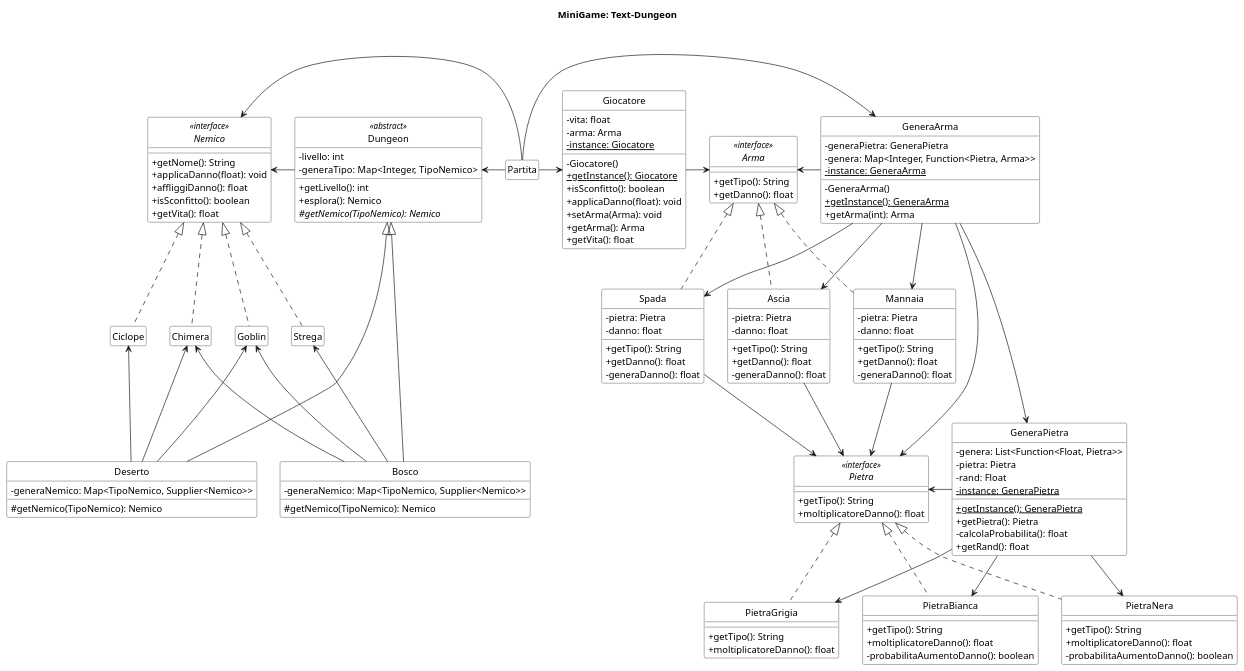
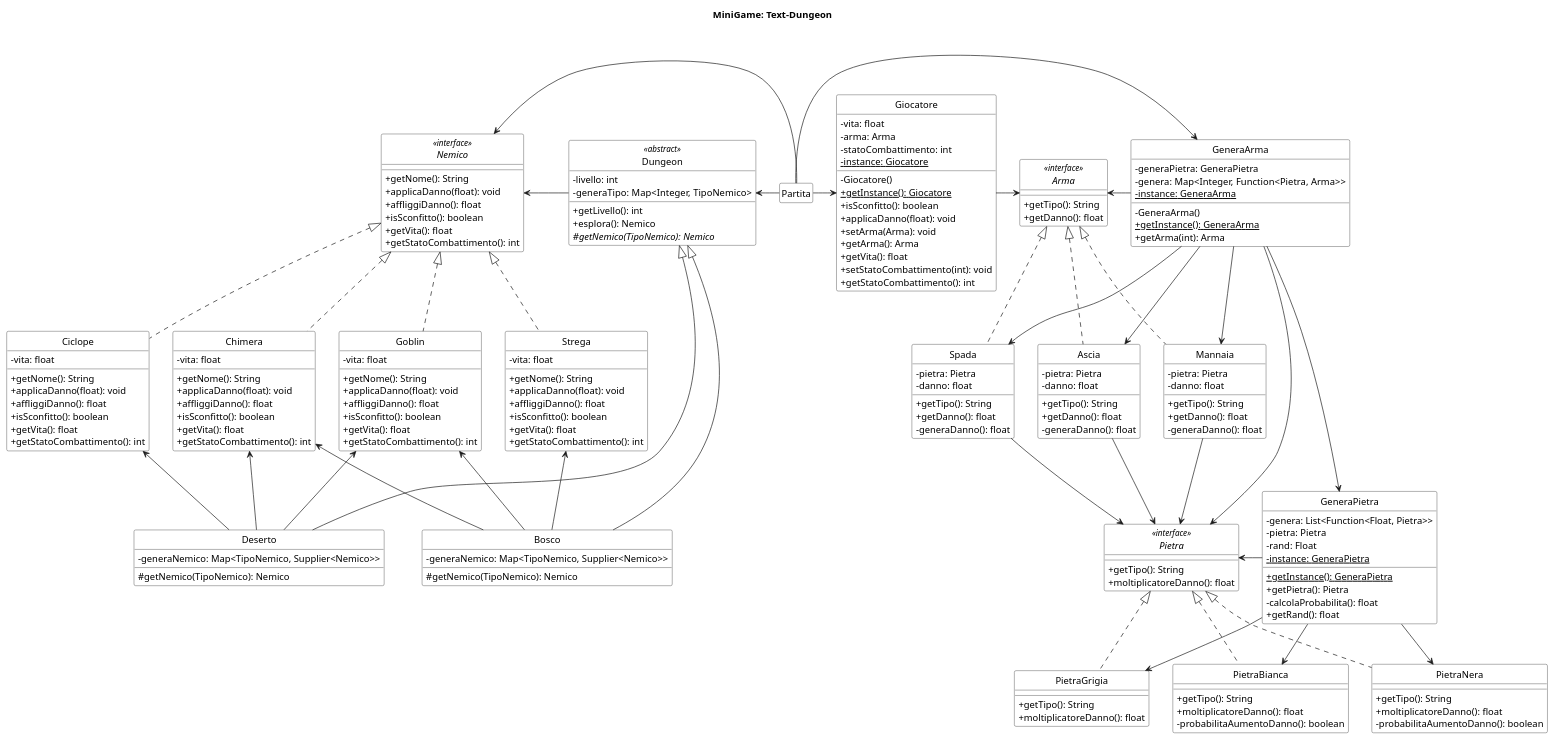
One commit to Gigi-G/text-dungeon changed the diagram in uml/class_diagram.puml. Above: the diagram before and after it, drawn with PlantUML. The commit also changed 47 other files, not shown here.

Commit message:
fix: Giocatore, Nemici e Test con l'aggiunta dello stato

```diff
--- a/uml/class_diagram.puml
+++ b/uml/class_diagram.puml
@@ -102,6 +102,7 @@
 class Giocatore {
     - vita: float
     - arma: Arma
+    - statoCombattimento: int
     - instance{static}: Giocatore 
     - Giocatore()
     + getInstance(){static}: Giocatore
@@ -110,6 +111,8 @@
     + setArma(Arma): void
     + getArma(): Arma
     + getVita(): float
+    + setStatoCombattimento(int): void
+    + getStatoCombattimento(): int
 }
 show Giocatore members
 
@@ -119,6 +122,7 @@
     + affliggiDanno(): float
     + isSconfitto(): boolean
     + getVita(): float
+    + getStatoCombattimento(): int
 }
 show Nemico members
 
@@ -143,13 +147,52 @@
 }
 show Deserto members
 
-class Strega implements Nemico
-class Ciclope implements Nemico
-class Chimera implements Nemico
-class Goblin implements Nemico
+class Strega implements Nemico {
+    - vita: float
+    + getNome(): String
+    + applicaDanno(float): void
+    + affliggiDanno(): float
+    + isSconfitto(): boolean
+    + getVita(): float
+    + getStatoCombattimento(): int
+}
+show Strega members
+
+class Ciclope implements Nemico {
+    - vita: float
+    + getNome(): String
+    + applicaDanno(float): void
+    + affliggiDanno(): float
+    + isSconfitto(): boolean
+    + getVita(): float
+    + getStatoCombattimento(): int
+}
+show Ciclope members
+
+class Chimera implements Nemico {
+    - vita: float
+    + getNome(): String
+    + applicaDanno(float): void
+    + affliggiDanno(): float
+    + isSconfitto(): boolean
+    + getVita(): float
+    + getStatoCombattimento(): int
+}
+show Chimera members
+
+class Goblin implements Nemico {
+    - vita: float
+    + getNome(): String
+    + applicaDanno(float): void
+    + affliggiDanno(): float
+    + isSconfitto(): boolean
+    + getVita(): float
+    + getStatoCombattimento(): int
+}
+show Goblin members
 
 'interface StatoPersonaggio<<interface>> {
- '   + mostra(): String
+'   + mostra(): String
 '}
 'show StatoPersonaggio members
 
@@ -182,9 +225,12 @@
 Spada -d-> Pietra
 
 Giocatore -r-> Arma
+'Giocatore -l-> StatoPersonaggio
+
 Partita -r-> Giocatore
+Partita -r-> GeneraArma
 
-Partita -r-> GeneraArma
+'Nemico -l-> StatoPersonaggio
 
 Bosco -u-> Chimera
 Bosco -u-> Goblin
```
